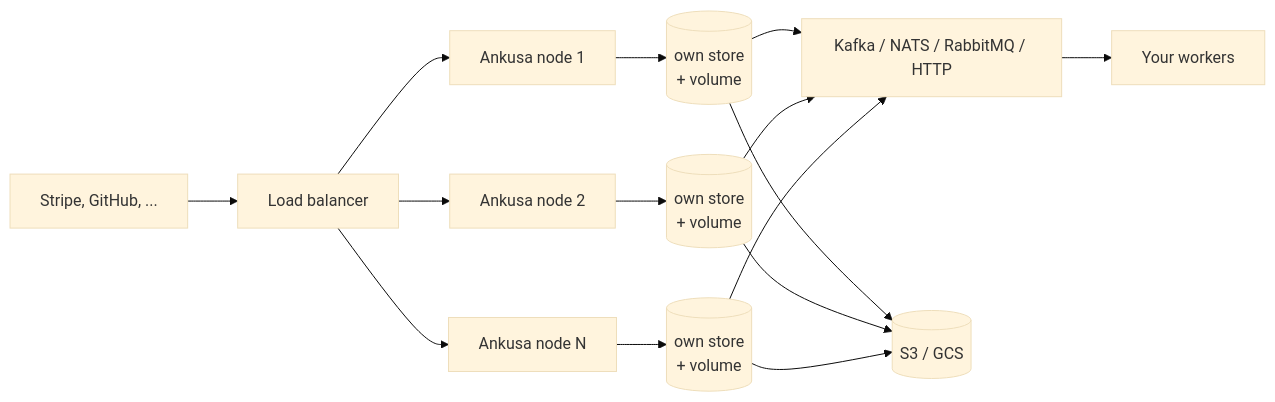
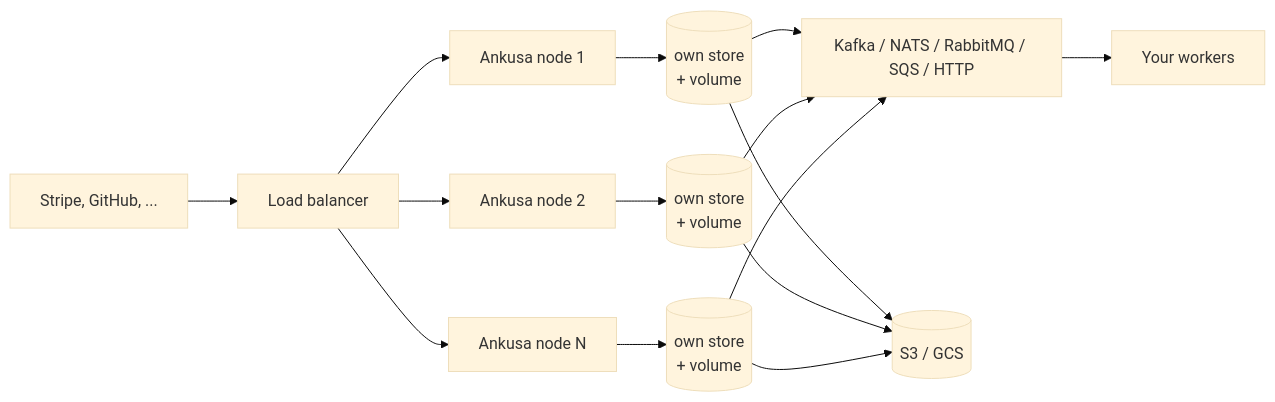
One commit to jamescarr/ankusa changed the second of 2 diagrams in README.md. Above: the diagram before and after it, drawn with Mermaid (base theme). The commit also changed other lines of this file and 28 other files, not shown here.

````diff
--- a/README.md
+++ b/README.md
@@ -137,13 +137,13 @@
 ```mermaid
 flowchart LR
     P[Stripe, GitHub, ...] --> LB[Load balancer]
     LB --> E1[Ankusa node 1]
     LB --> E2[Ankusa node 2]
     LB --> E3[Ankusa node N]
     E1 --> ST1[("own store\n+ volume")]
     E2 --> ST2[("own store\n+ volume")]
     E3 --> ST3[("own store\n+ volume")]
-    ST1 & ST2 & ST3 --> Q[Kafka / NATS / RabbitMQ / HTTP]
+    ST1 & ST2 & ST3 --> Q[Kafka / NATS / RabbitMQ / SQS / HTTP]
     ST1 & ST2 & ST3 --> S[(S3 / GCS)]
     Q --> W[Your workers]
 ```
````
